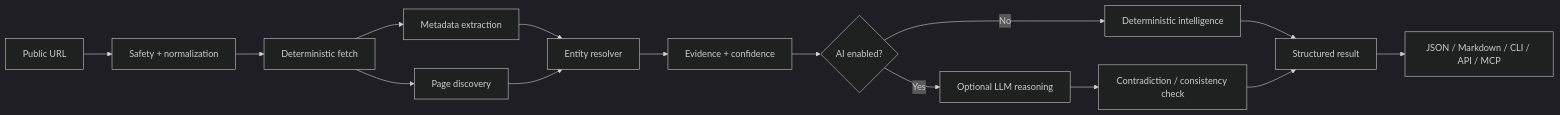
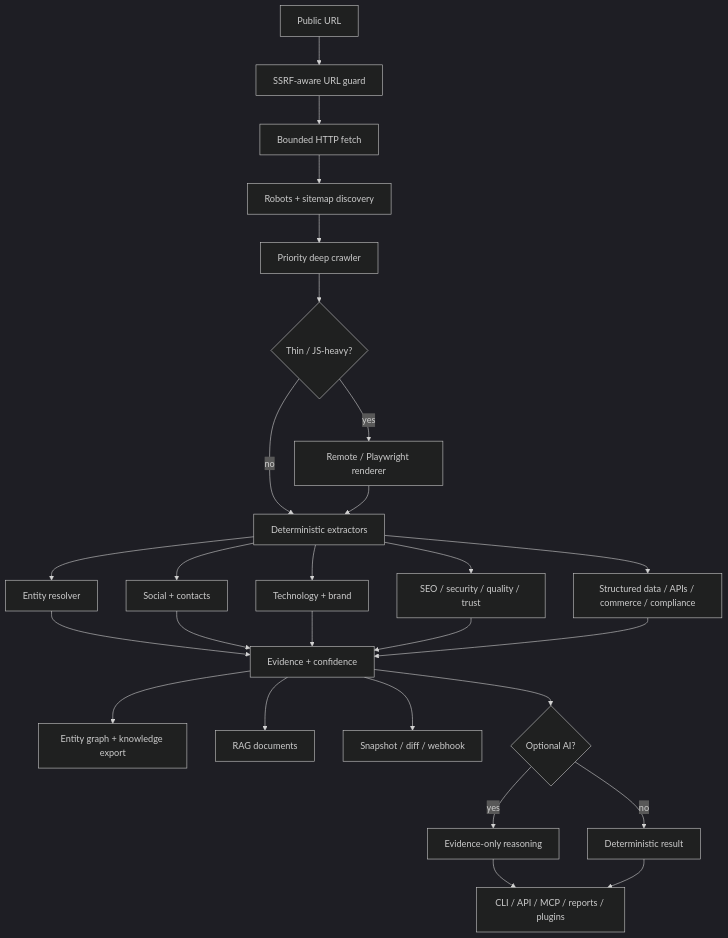
One commit to vpicciuolo/url-intelligence-agent changed the diagram in README.md. Above: the diagram before and after it, drawn with Mermaid (dark theme). The commit also changed other lines of this file and 31 other files, not shown here.

Commit message:
feat: ship URL Intelligence Agent 1.0.0 unified release

````diff
--- a/README.md
+++ b/README.md
@@ -181,17 +1110,29 @@
 ```mermaid
-flowchart LR
-    A[Public URL] --> B[Safety + normalization]
-    B --> C[Deterministic fetch]
-    C --> D[Metadata extraction]
-    C --> E[Page discovery]
-    D --> F[Entity resolver]
-    E --> F
-    F --> G[Evidence + confidence]
-    G --> H{AI enabled?}
-    H -->|No| I[Deterministic intelligence]
-    H -->|Yes| J[Optional LLM reasoning]
-    J --> K[Contradiction / consistency check]
-    I --> L[Structured result]
-    K --> L
-    L --> M[JSON / Markdown / CLI / API / MCP]
+flowchart TD
+    A[Public URL] --> B[SSRF-aware URL guard]
+    B --> C[Bounded HTTP fetch]
+    C --> D[Robots + sitemap discovery]
+    D --> E[Priority deep crawler]
+    E --> F{Thin / JS-heavy?}
+    F -->|yes| G[Remote / Playwright renderer]
+    F -->|no| H[Deterministic extractors]
+    G --> H
+    H --> I[Entity resolver]
+    H --> J[Social + contacts]
+    H --> K[Technology + brand]
+    H --> L[SEO / security / quality / trust]
+    H --> M[Structured data / APIs / commerce / compliance]
+    I --> N[Evidence + confidence]
+    J --> N
+    K --> N
+    L --> N
+    M --> N
+    N --> O[Entity graph + knowledge export]
+    N --> P[RAG documents]
+    N --> Q[Snapshot / diff / webhook]
+    N --> R{Optional AI?}
+    R -->|yes| S[Evidence-only reasoning]
+    R -->|no| T[Deterministic result]
+    S --> U[CLI / API / MCP / reports / plugins]
+    T --> U
 ```
````
